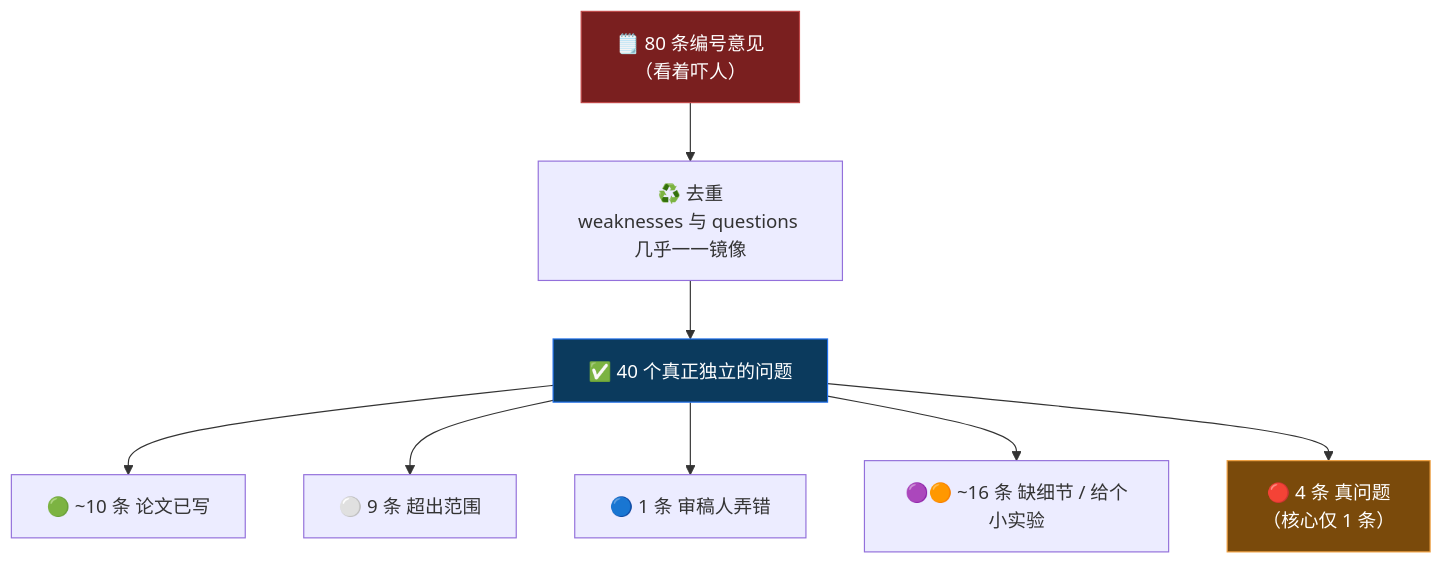
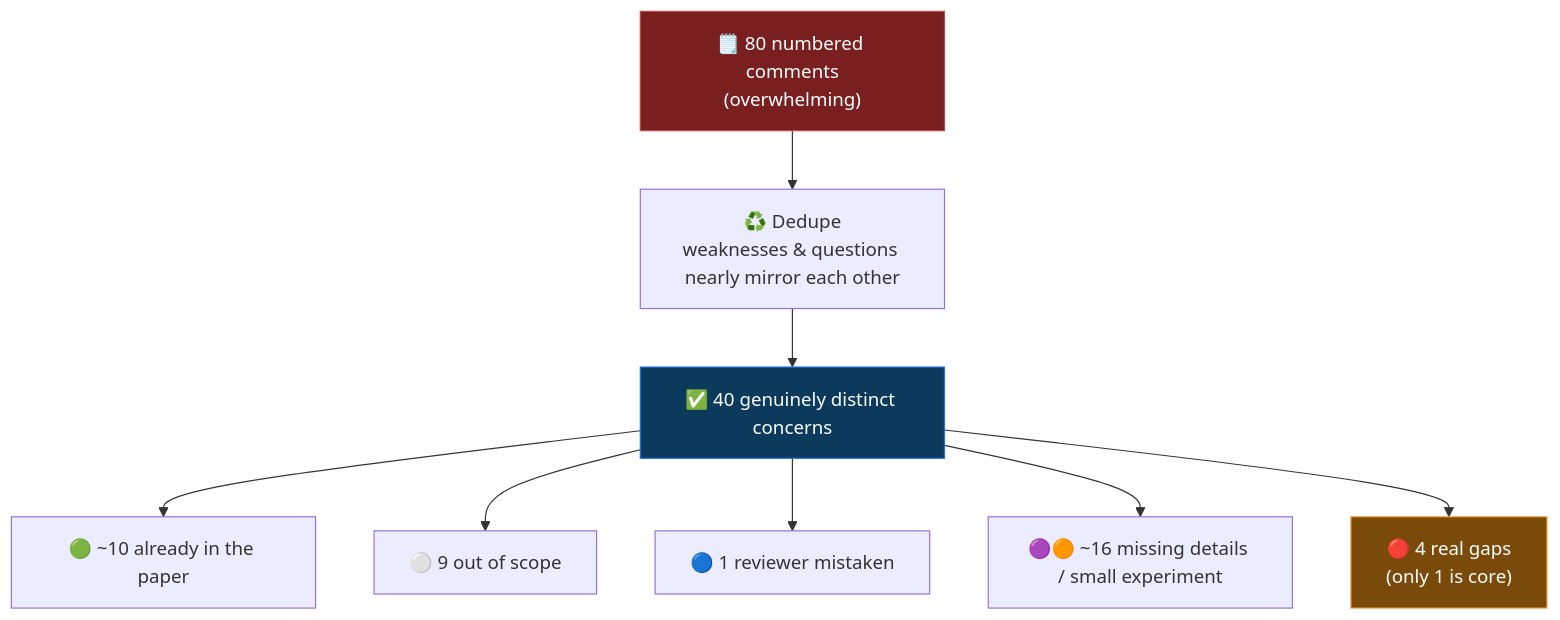
The second of 2 diagrams in README.md (Dzyy123/review-lens), drawn with Mermaid before and after one commit. The commit also changed other lines of this file and 2 other files, not shown here.

````diff
--- a/README.md
+++ b/README.md
@@ -94,14 +96,14 @@
 ```mermaid
 flowchart TD
-    A["🗒️ 80 条编号意见<br/>（看着吓人）"] --> B["♻️ 去重<br/>weaknesses 与 questions 几乎一一镜像"]
-    B --> C["✅ 40 个真正独立的问题"]
-    C --> D["🟢 ~10 条 论文已写"]
-    C --> E["⚪ 9 条 超出范围"]
-    C --> F["🔵 1 条 审稿人弄错"]
-    C --> G["🟣🟠 ~16 条 缺细节 / 给个小实验"]
-    C --> H["🔴 4 条 真问题<br/>（核心仅 1 条）"]
+    A["🗒️ 80 numbered comments<br/>(overwhelming)"] --> B["♻️ Dedupe<br/>weaknesses & questions nearly mirror each other"]
+    B --> C["✅ 40 genuinely distinct concerns"]
+    C --> D["🟢 ~10 already in the paper"]
+    C --> E["⚪ 9 out of scope"]
+    C --> F["🔵 1 reviewer mistaken"]
+    C --> G["🟣🟠 ~16 missing details / small experiment"]
+    C --> H["🔴 4 real gaps<br/>(only 1 is core)"]
 
     style A fill:#7a1f1f,stroke:#c04848,color:#fff
     style C fill:#0b3a5d,stroke:#1f6feb,color:#fff
     style H fill:#7a4a0b,stroke:#f0a040,color:#fff
 ```
````
